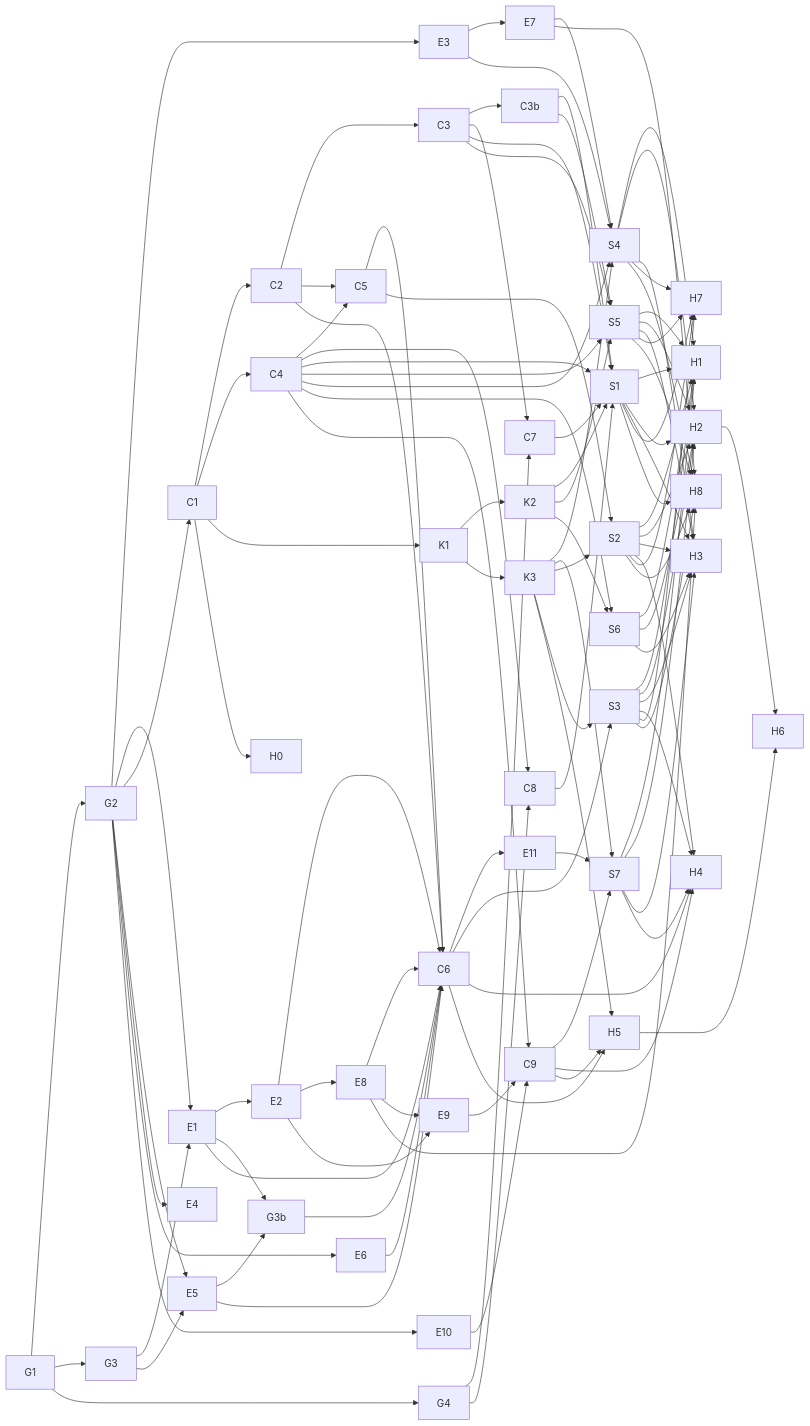
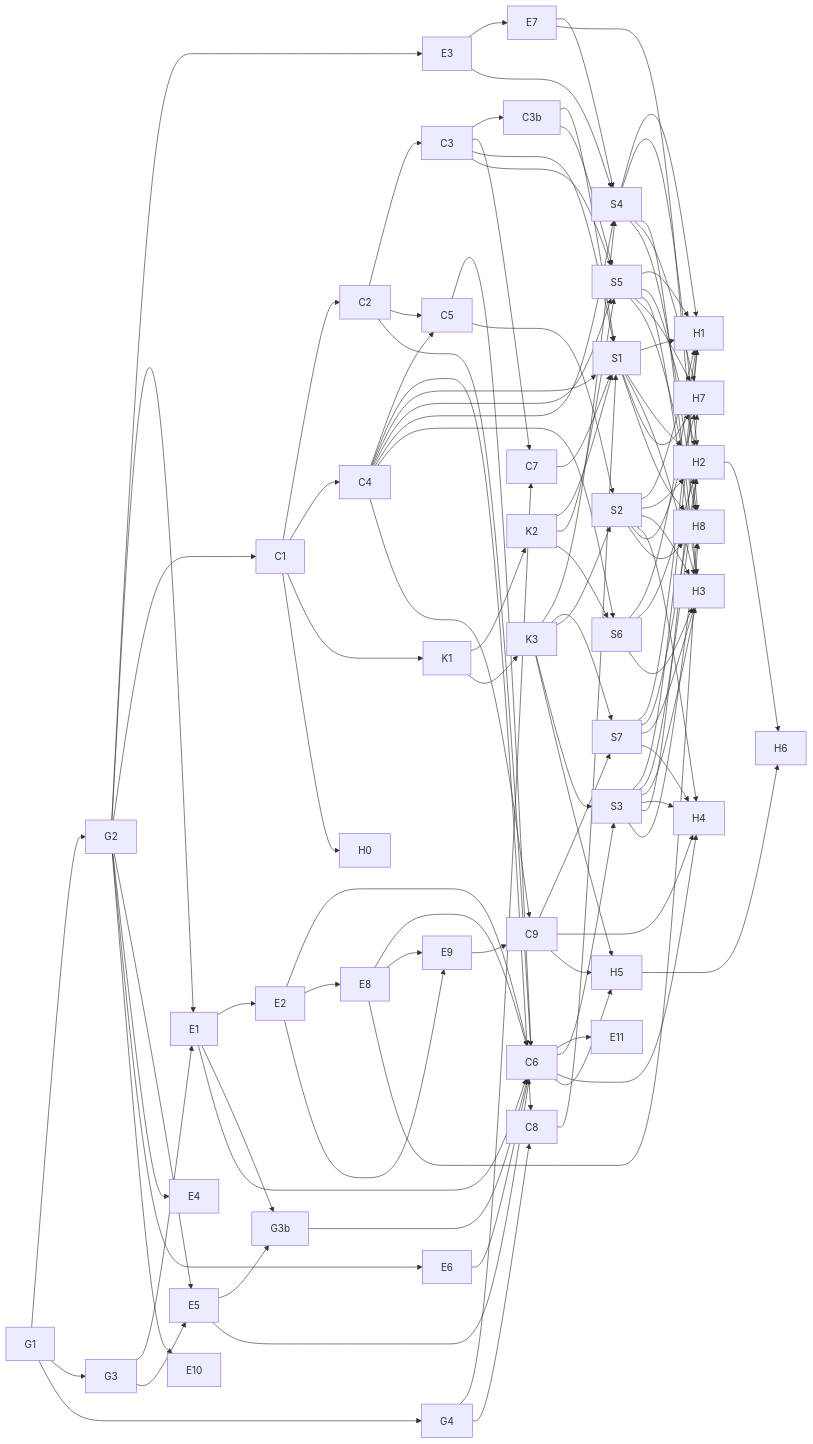
One commit to thisizmsk-png/vajra changed the diagram in docs/desktop/spec/tasks.md. Above: the diagram before and after it, drawn with Mermaid. The commit also changed other lines of this file and 2 other files, not shown here.

````diff
--- a/docs/desktop/spec/tasks.md
+++ b/docs/desktop/spec/tasks.md
@@ -128,36 +128,36 @@
 ```mermaid
 graph LR
   G1 --> G2 --> E3 & E1 & C1
   G1 --> G3 --> E1 --> E2
   G2 & G3 --> E5
   E1 & E5 --> G3b --> C6
   C1 --> C2 & C4 & K1
   C2 --> C3 --> C3b
   C2 & C4 --> C5
   C2 & C5 & E1 & E2 & E5 & E6 --> C6
   G1 --> G4
   C3 & G4 --> C7
   C4 & G4 --> C8
   C7 & C8 --> S1
   G2 --> E4 & E6
   E3 --> E7 --> S4
   E2 --> E8 --> C6
   C1 --> H0
   K1 --> K2 & K3
   C3 & C3b & C4 & K2 --> S1 & S5
   C4 & E3 & K3 --> S4
   C4 & K2 --> S6
   E2 & E8 --> E9
   G2 --> E10
   C6 --> E11
-  C4 & E9 & E10 --> C9
-  C9 & K3 & E11 --> S7
+  C4 & E9 --> C9
+  C9 & K3 --> S7
   C5 & K3 --> S2
   C6 & K3 --> S3
   S1 & S2 & S3 & S4 & S5 & S6 & S7 --> H1 & H2 & H3
   C6 & C9 & S2 & S3 & S7 --> H4
   K3 & C6 & C9 --> H5
   H2 & H5 --> H6
   S1 & S2 & S3 & S4 & S5 --> H7 & H8
   E7 & E8 --> H8
 ```
````
